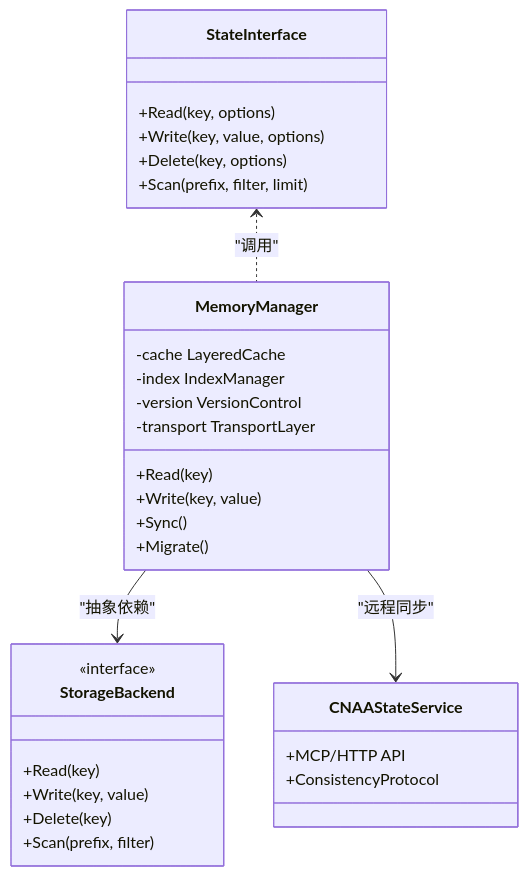
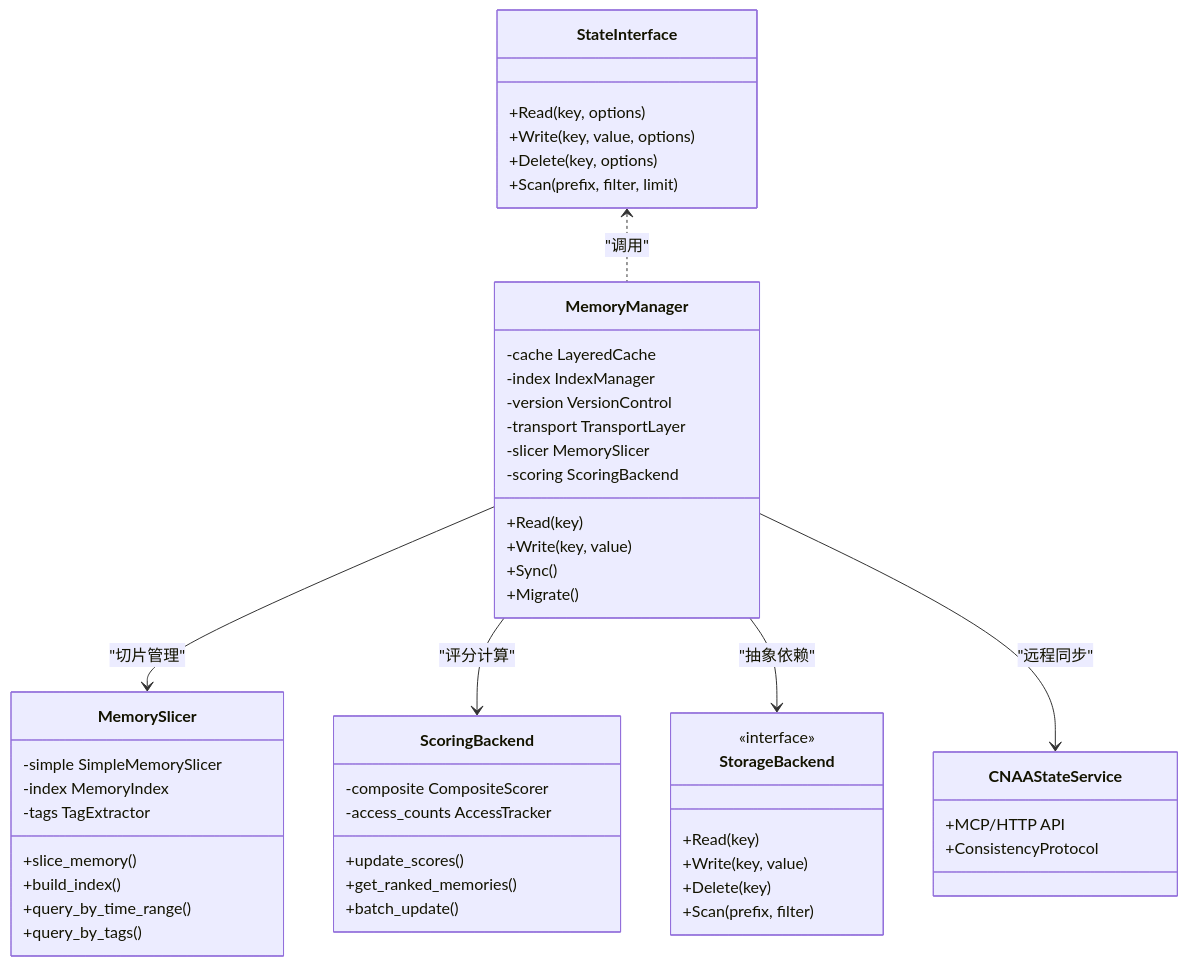
Before and after one commit to lgx236/CNAA-Cloud-Native-Agent-Architecture-: the fifth of 5 diagrams in .qoder/repowiki/zh/content/架构设计/核心组件设计/Memory Manager.md, drawn with Mermaid. The commit also changed other lines of this file and 98 other files, not shown here.

Commit message:
feat: Add cloud-local distributed architecture configuration & deployment docs

````diff
--- a/.qoder/repowiki/zh/content/架构设计/核心组件设计/Memory Manager.md
+++ b/.qoder/repowiki/zh/content/架构设计/核心组件设计/Memory Manager.md
@@ -246,33 +420,53 @@
 ```mermaid
 classDiagram
 class StateInterface {
 +Read(key, options)
 +Write(key, value, options)
 +Delete(key, options)
 +Scan(prefix, filter, limit)
 }
 class MemoryManager {
 -cache LayeredCache
 -index IndexManager
 -version VersionControl
 -transport TransportLayer
+-slicer MemorySlicer
+-scoring ScoringBackend
 +Read(key)
 +Write(key, value)
 +Sync()
 +Migrate()
+}
+class MemorySlicer {
+-simple SimpleMemorySlicer
+-index MemoryIndex
+-tags TagExtractor
++slice_memory()
++build_index()
++query_by_time_range()
++query_by_tags()
+}
+class ScoringBackend {
+-composite CompositeScorer
+-access_counts AccessTracker
++update_scores()
++get_ranked_memories()
++batch_update()
 }
 class StorageBackend {
 <<interface>>
 +Read(key)
 +Write(key, value)
 +Delete(key)
 +Scan(prefix, filter)
 }
 class CNAAStateService {
 +MCP/HTTP API
 +ConsistencyProtocol
 }
 StateInterface <.. MemoryManager : "调用"
+MemoryManager --> MemorySlicer : "切片管理"
+MemoryManager --> ScoringBackend : "评分计算"
 MemoryManager --> StorageBackend : "抽象依赖"
 MemoryManager --> CNAAStateService : "远程同步"
 ```
````
